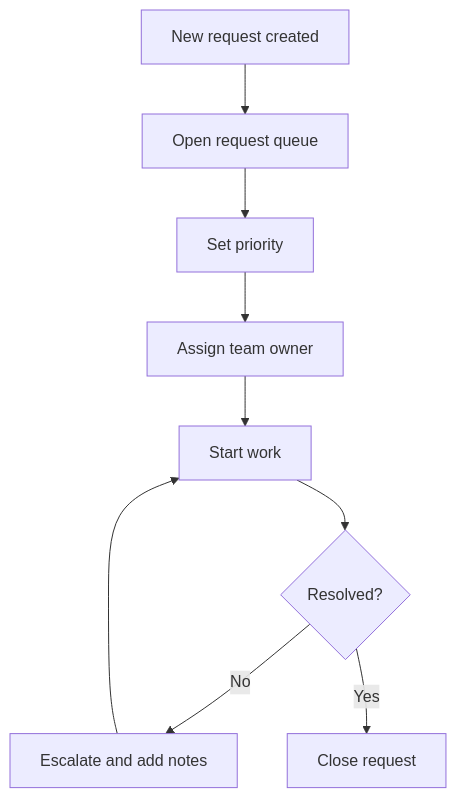
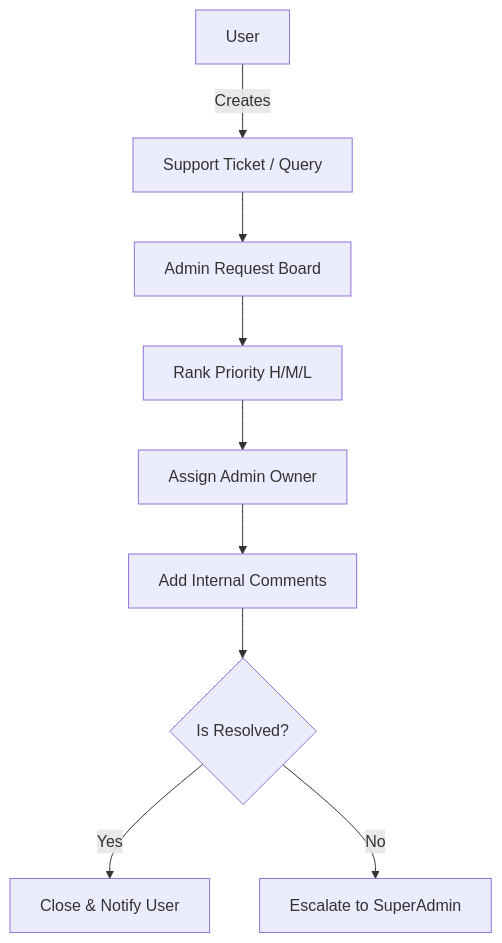
The seventh of 9 diagrams in README.md (ashwanik0777/alumni-portal), drawn with Mermaid before and after one commit. The commit also changed other lines of this file, not shown here.

````diff
--- a/README.md
+++ b/README.md
@@ -398,11 +278,11 @@
 ```mermaid
 flowchart TD
-  NewReq[New request created] --> Queue[Open request queue]
-  Queue --> Prioritize[Set priority]
-  Prioritize --> Assign[Assign team owner]
-  Assign --> Work[Start work]
-  Work --> Decision{Resolved?}
-  Decision -- No --> Escalate[Escalate and add notes]
-  Escalate --> Work
-  Decision -- Yes --> Close[Close request]
+    User-->|Creates| Ticket[Support Ticket / Query]
+    Ticket-->AdminDash[Admin Request Board]
+    AdminDash-->Prioritize[Rank Priority H/M/L]
+    Prioritize-->Assign[Assign Admin Owner]
+    Assign-->Thread[Add Internal Comments]
+    Thread-->Resolution{Is Resolved?}
+    Resolution-- Yes -->Close[Close & Notify User]
+    Resolution-- No -->Escalate[Escalate to SuperAdmin]
 ```
````
